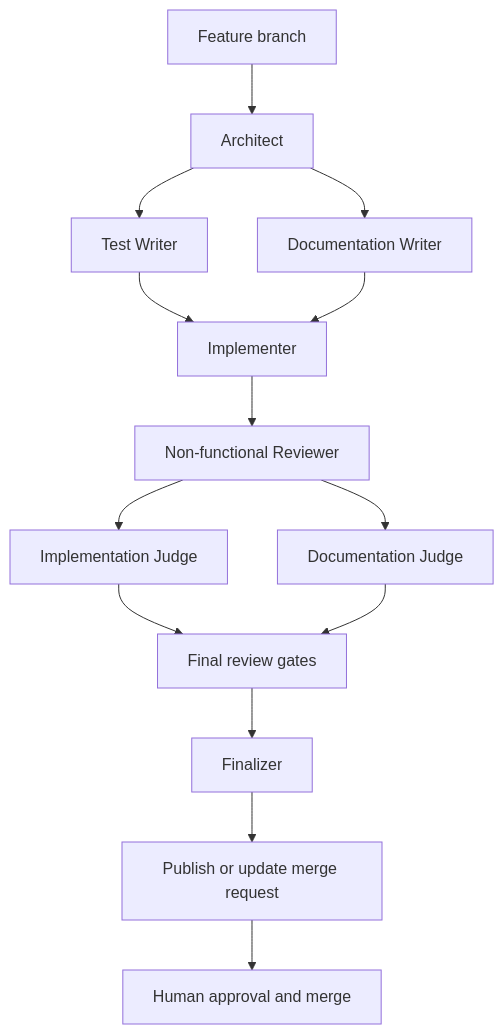
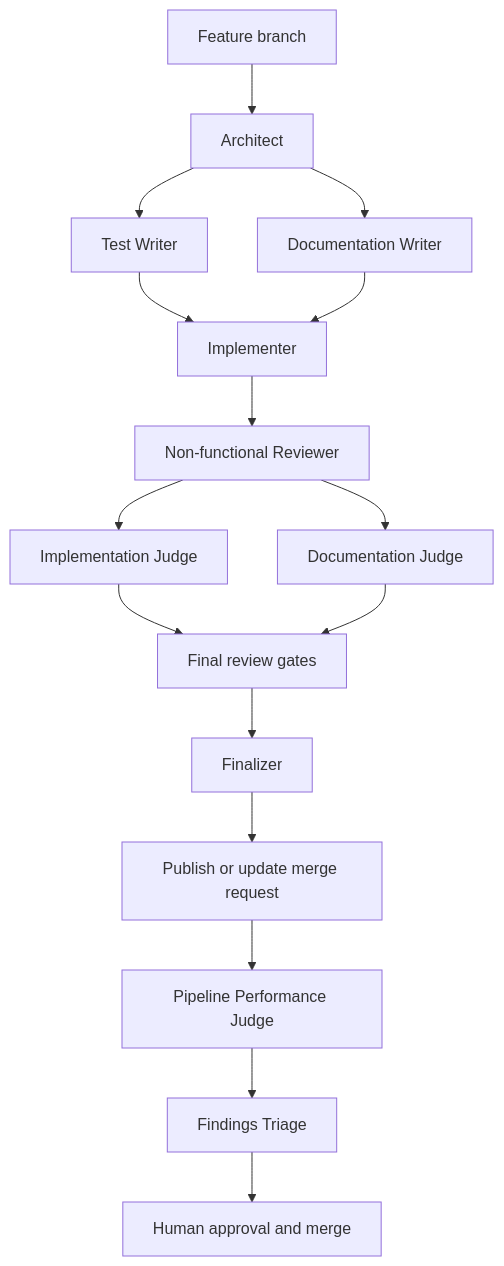
One commit to dfwguy/nvis-ova-agentic-copier changed the diagram in README.md. Above: the diagram before and after it, drawn with Mermaid. The commit also changed 26 other files, not shown here.

Commit message:
docs: add pipeline performance judge

````diff
--- a/README.md
+++ b/README.md
@@ -74,16 +74,18 @@
 ```mermaid
 flowchart TD
     branch[Feature branch] --> architect[Architect]
     architect --> tests[Test Writer]
     architect --> docs[Documentation Writer]
     tests --> implementer[Implementer]
     docs --> implementer
     implementer --> nonfunctional[Non-functional Reviewer]
     nonfunctional --> implementation[Implementation Judge]
     nonfunctional --> documentation[Documentation Judge]
     implementation --> final_gates[Final review gates]
     documentation --> final_gates
     final_gates --> finalizer[Finalizer]
     finalizer --> mr[Publish or update merge request]
-    mr --> human[Human approval and merge]
+    mr --> performance[Pipeline Performance Judge]
+    performance --> triage[Findings Triage]
+    triage --> human[Human approval and merge]
 ```
````
